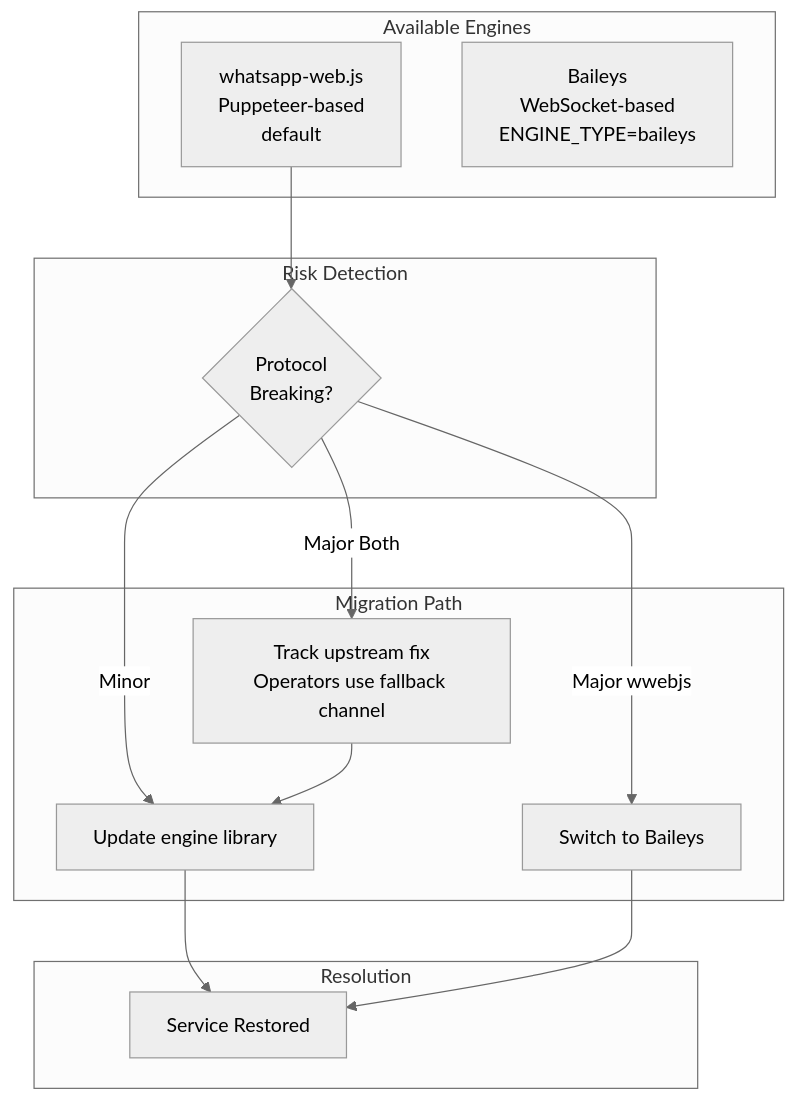
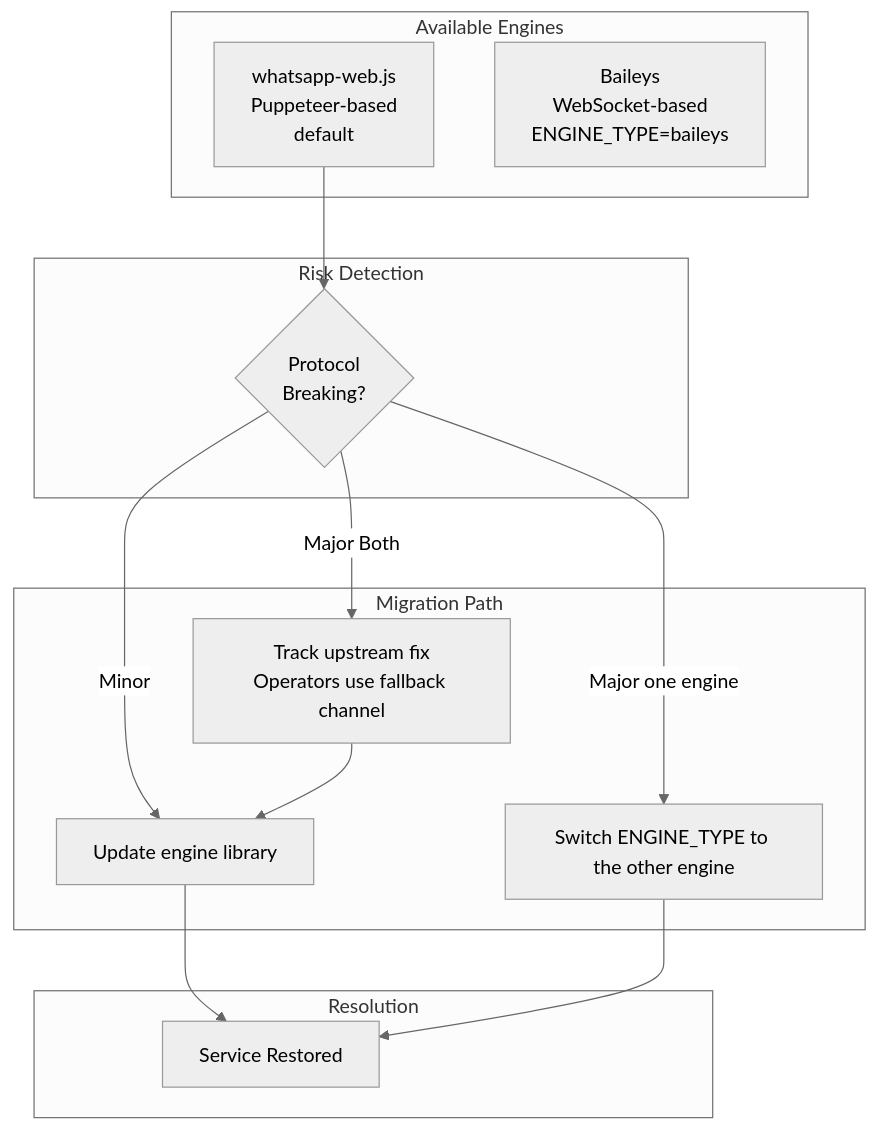
One commit to AntoineTROOVY/Sherlo changed diagram 22 of 24 in docs/03-system-architecture.md. Above: the diagram before and after it, drawn with Mermaid (neutral theme).

Commit message:
docs(architecture): let either engine fall back to the other
The migration flowchart only offered a switch to Baileys on a major
whatsapp-web.js break, leaving a Baileys-only break without a path.
Switching ENGINE_TYPE to the other engine covers both.

````diff
--- a/docs/03-system-architecture.md
+++ b/docs/03-system-architecture.md
@@ -1201,26 +1201,26 @@
 ```mermaid
 flowchart TB
     subgraph Current["Available Engines"]
         A[whatsapp-web.js\nPuppeteer-based\ndefault]
         A2[Baileys\nWebSocket-based\nENGINE_TYPE=baileys]
     end
 
     subgraph Risk["Risk Detection"]
         B{Protocol\nBreaking?}
     end
 
     subgraph Migration["Migration Path"]
         C[Update engine library]
-        D[Switch to Baileys]
+        D[Switch ENGINE_TYPE to the other engine]
         E[Track upstream fix\nOperators use fallback channel]
     end
 
     subgraph Resolution["Resolution"]
         F[Service Restored]
     end
 
     A --> B
     B -->|Minor| C --> F
-    B -->|Major wwebjs| D --> F
+    B -->|Major one engine| D --> F
     B -->|Major Both| E --> C
 ```
````
